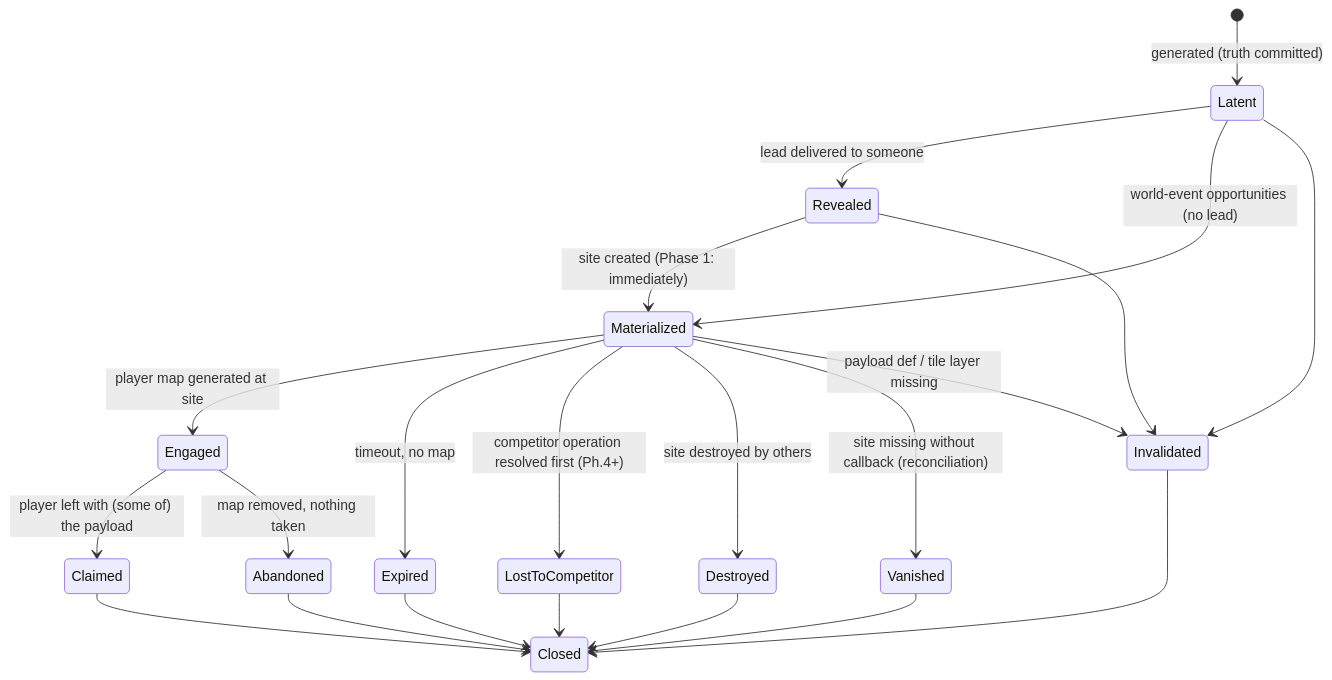
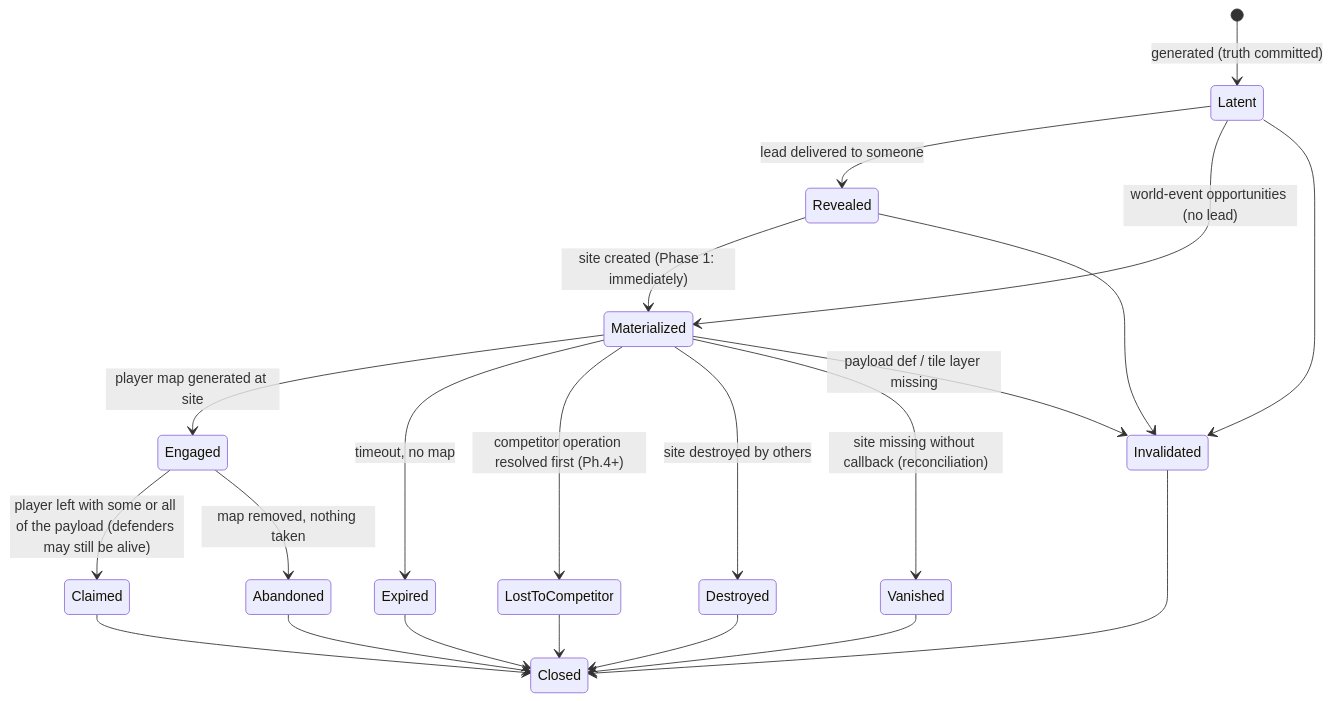
The second of 6 diagrams in docs/STATE_MACHINES.md (D3athAn63l/The-Network), drawn with Mermaid before and after one commit. The commit also changed other lines of this file and 14 other files, not shown here.

First line of the commit message:
Phase 0: reconcile the architecture with the master design

````diff
--- a/docs/STATE_MACHINES.md
+++ b/docs/STATE_MACHINES.md
@@ -102,24 +109,24 @@
 ```mermaid
 stateDiagram-v2
   [*] --> Latent : generated (truth committed)
   Latent --> Revealed : lead delivered to someone
   Revealed --> Materialized : site created (Phase 1: immediately)
   Latent --> Materialized : world-event opportunities (no lead)
   Materialized --> Engaged : player map generated at site
-  Engaged --> Claimed : player left with (some of) the payload
+  Engaged --> Claimed : player left with some or all of the payload (defenders may still be alive)
   Engaged --> Abandoned : map removed, nothing taken
   Materialized --> Expired : timeout, no map
   Materialized --> LostToCompetitor : competitor operation resolved first (Ph.4+)
   Materialized --> Destroyed : site destroyed by others
   Materialized --> Vanished : site missing without callback (reconciliation)
   Latent --> Invalidated
   Revealed --> Invalidated
   Materialized --> Invalidated : payload def / tile layer missing
   Claimed --> Closed
   Abandoned --> Closed
   Expired --> Closed
   LostToCompetitor --> Closed
   Destroyed --> Closed
   Vanished --> Closed
   Invalidated --> Closed
 ```
````
